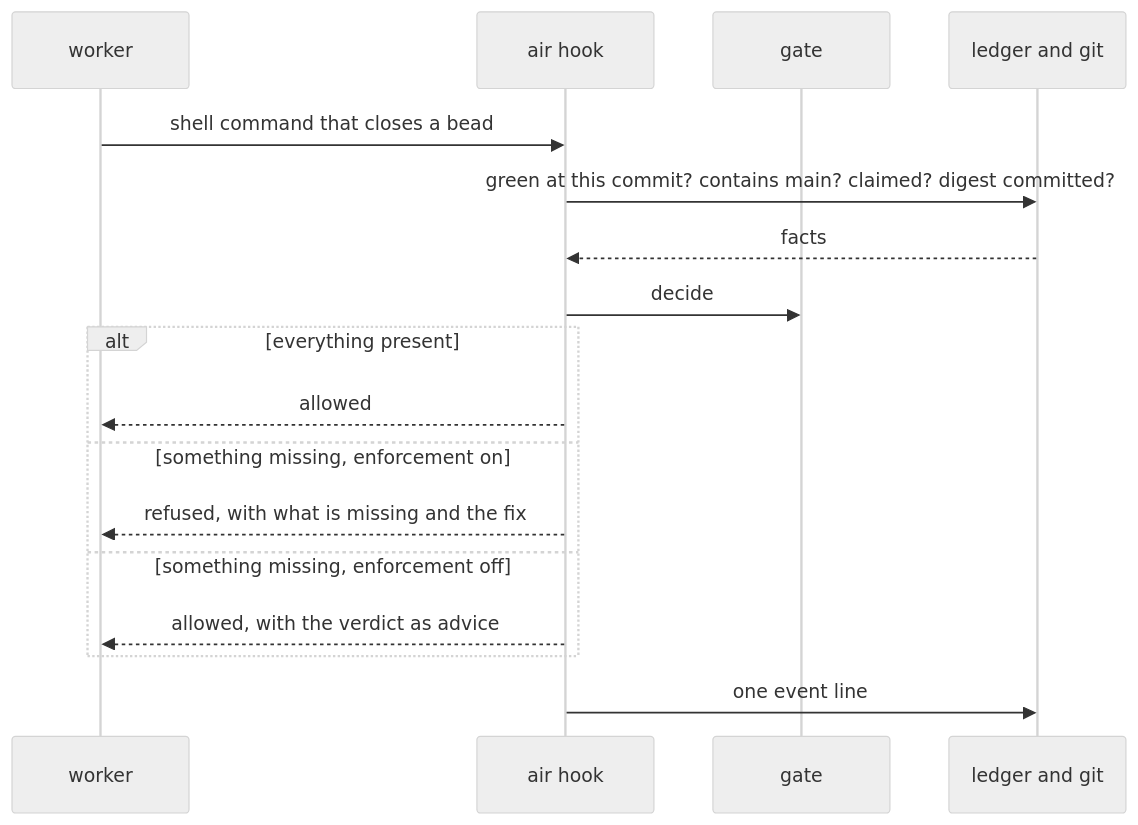
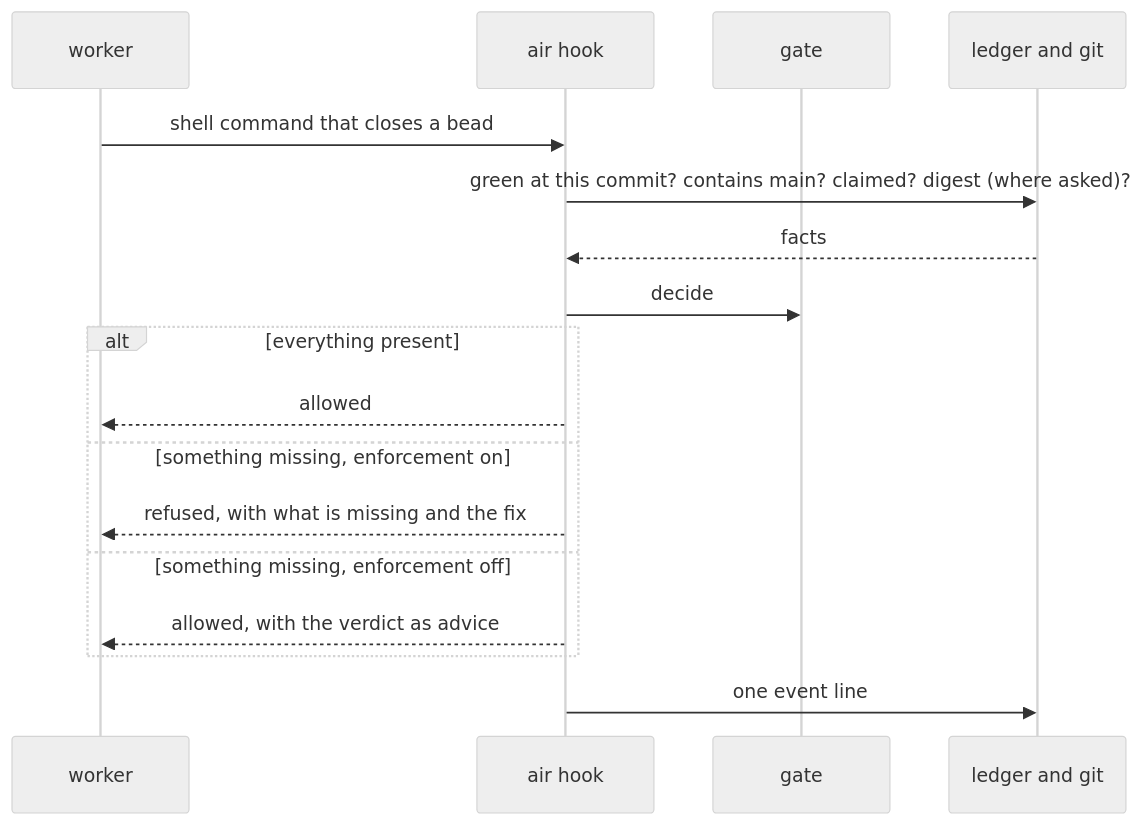
Before and after one commit to AJTJ/airunner: the fourth of 8 diagrams in docs/design.md, drawn with Mermaid (neutral theme). The commit also changed other lines of this file and 12 other files, not shown here.

````diff
--- a/docs/design.md
+++ b/docs/design.md
@@ -339,19 +341,19 @@
 ```mermaid
 sequenceDiagram
   participant W as worker
   participant H as air hook
   participant G as gate
   participant L as ledger and git
   W->>H: shell command that closes a bead
-  H->>L: green at this commit? contains main? claimed? digest committed?
+  H->>L: green at this commit? contains main? claimed? digest (where asked)?
   L-->>H: facts
   H->>G: decide
   alt everything present
     H-->>W: allowed
   else something missing, enforcement on
     H-->>W: refused, with what is missing and the fix
   else something missing, enforcement off
     H-->>W: allowed, with the verdict as advice
   end
   H->>L: one event line
 ```
````
